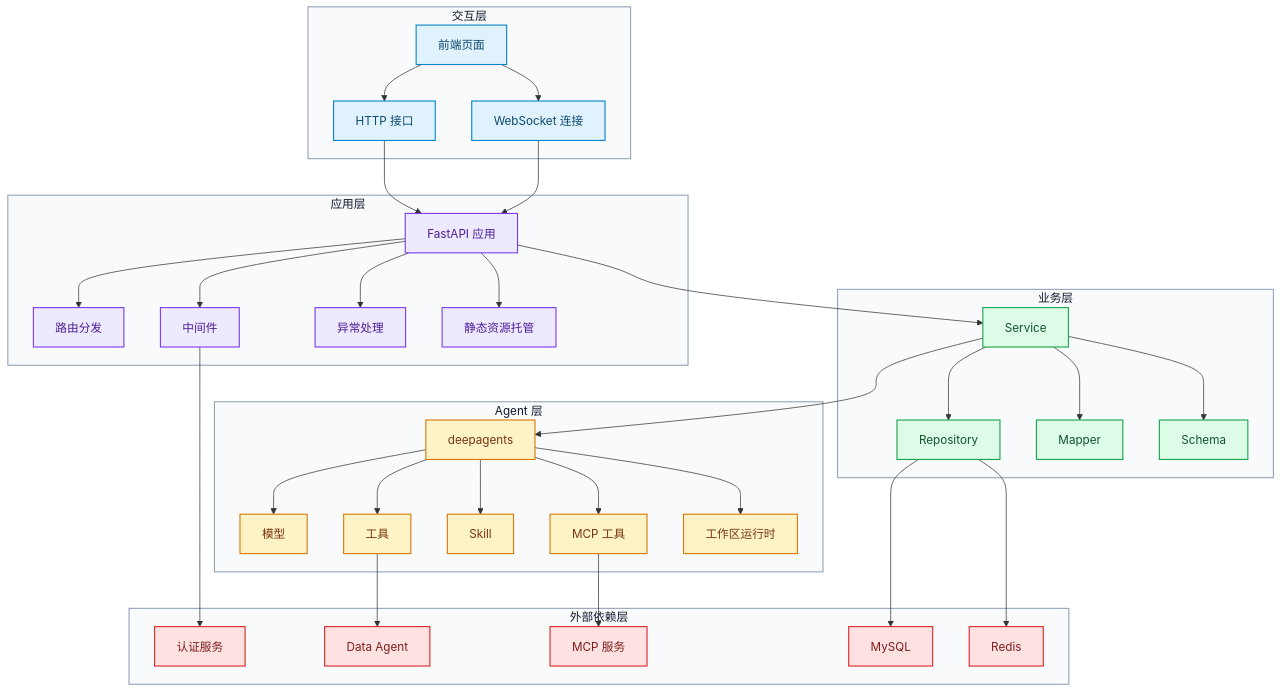
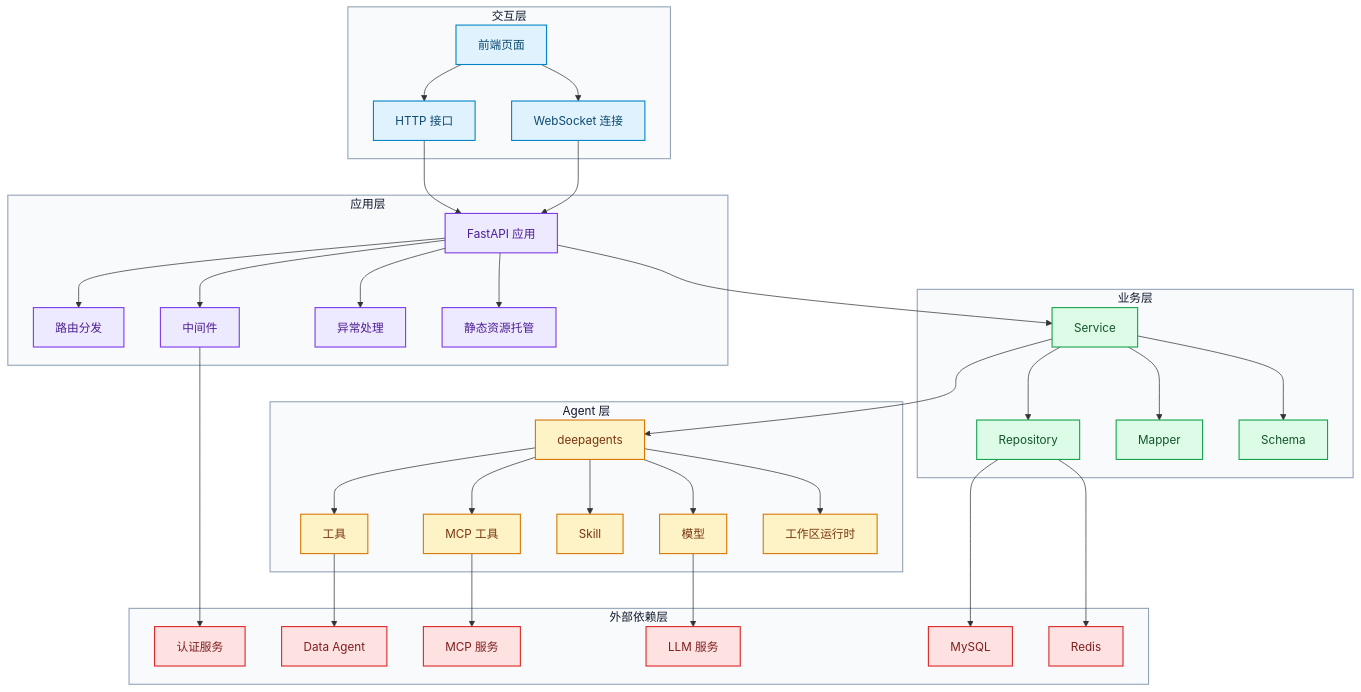
One commit to 2739673455/dataagent changed the first of 2 diagrams in docs/DOC.md. Above: the diagram before and after it, drawn with Mermaid. The commit also changed other lines of this file and 230 other files, not shown here.

````diff
--- a/docs/DOC.md
+++ b/docs/DOC.md
@@ -72,6 +69,7 @@
         AUTH[认证服务]
         DATA[Data Agent]
         MCP_SVC[MCP 服务]
+        LLM[LLM 服务]
         MYSQL[MySQL]
         REDIS[Redis]
     end
@@ -96,6 +94,7 @@
     DA --> WS_DIR
     MW --> AUTH
     TOOL --> DATA
+    MODEL --> LLM
     MCP --> MCP_SVC
     REPO --> MYSQL
     REPO --> REDIS
@@ -110,5 +109,5 @@
     class APP,ROUTER,MW,EX,STATIC app
     class SERVICE,REPO,MAPPER,SCHEMA biz
     class DA,MODEL,TOOL,SKILL,MCP,WS_DIR agent
-    class AUTH,DATA,MCP_SVC,MYSQL,REDIS dep
+    class AUTH,DATA,MCP_SVC,LLM,MYSQL,REDIS dep
 ```
````
